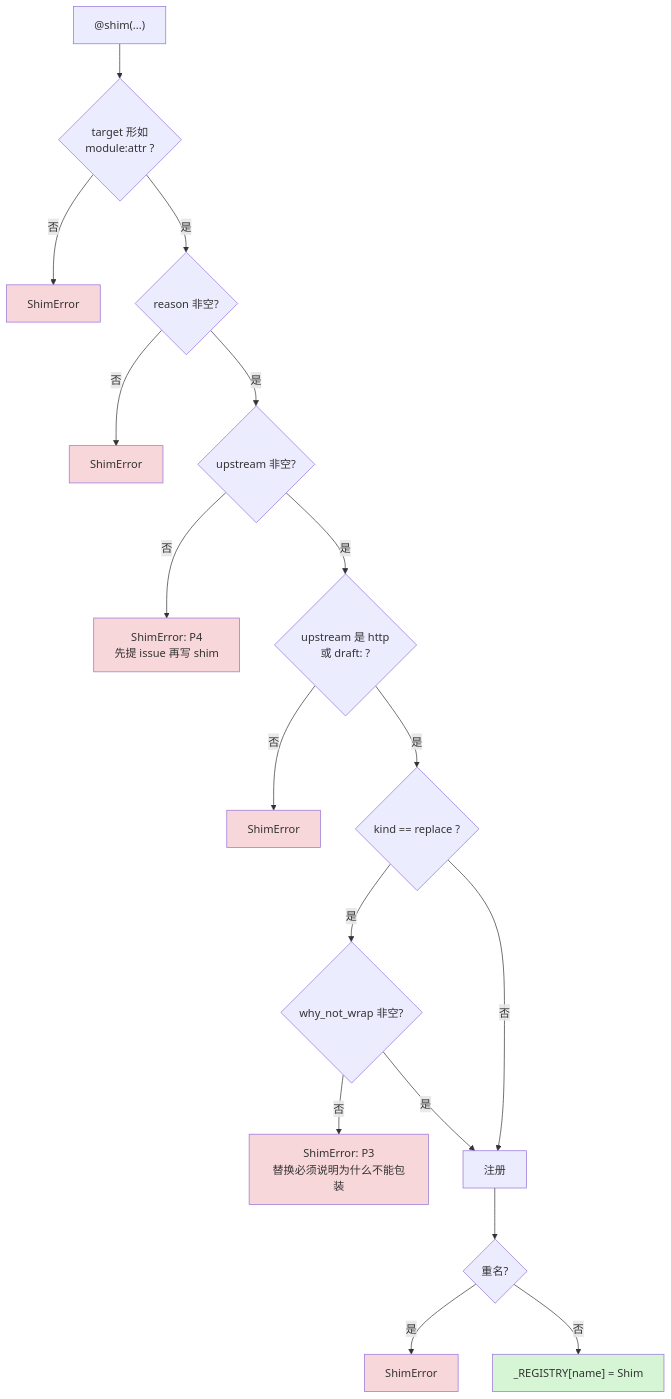
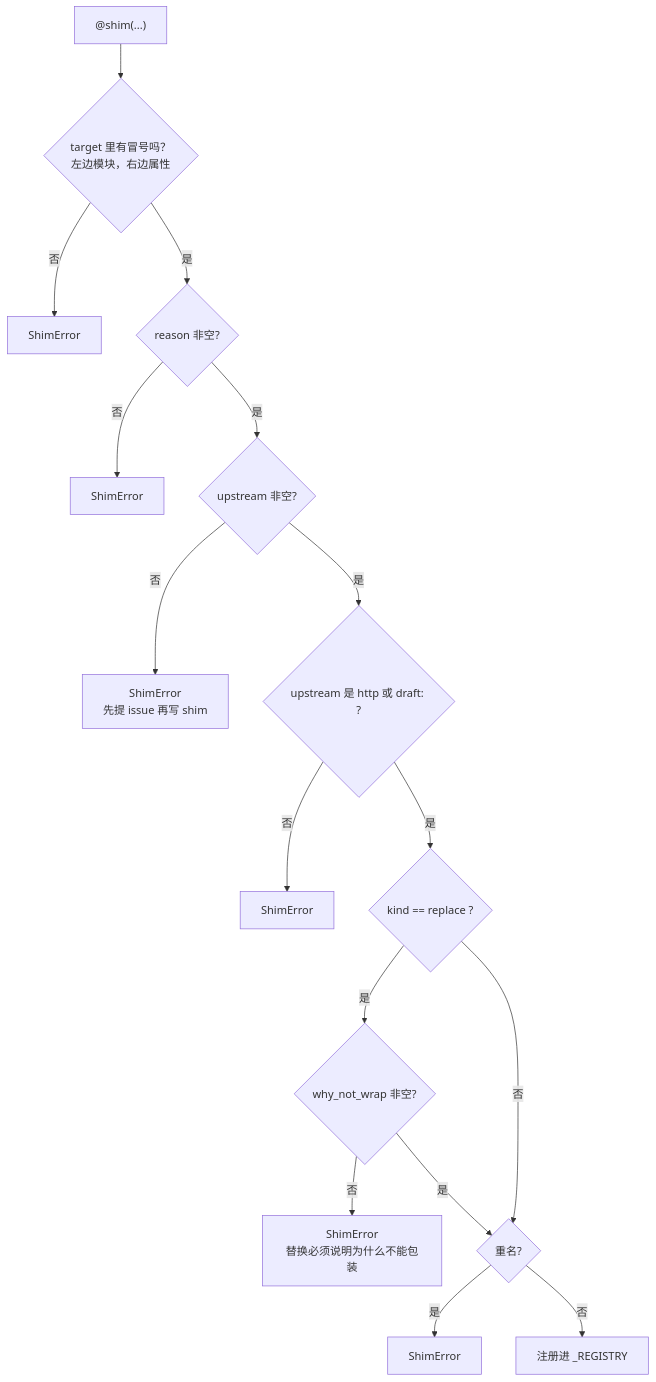
The sixth of 15 diagrams in docs/design/shim-and-override.md (JavaZeroo/ascend-torchtitan), drawn with Mermaid before and after one commit. The commit also changed other lines of this file and 1 other file, not shown here.

````diff
--- a/docs/design/shim-and-override.md
+++ b/docs/design/shim-and-override.md
@@ -248,27 +239,18 @@
 ```mermaid
 flowchart TD
-    A["@shim(...)"] --> B{"target 形如<br/>module:attr ?"}
+    A["@shim(...)"] --> B{"target 里有冒号吗？<br/>左边模块，右边属性"}
     B -->|否| X1["ShimError"]
     B -->|是| C{"reason 非空?"}
     C -->|否| X2["ShimError"]
     C -->|是| D{"upstream 非空?"}
-    D -->|否| X3["ShimError: P4<br/>先提 issue 再写 shim"]
-    D -->|是| E{"upstream 是 http<br/>或 draft: ?"}
+    D -->|否| X3["ShimError<br/>先提 issue 再写 shim"]
+    D -->|是| E{"upstream 是 http 或 draft: ?"}
     E -->|否| X4["ShimError"]
     E -->|是| F{"kind == replace ?"}
     F -->|是| G{"why_not_wrap 非空?"}
-    G -->|否| X5["ShimError: P3<br/>替换必须说明为什么不能包装"]
-    G -->|是| H["注册"]
+    G -->|否| X5["ShimError<br/>替换必须说明为什么不能包装"]
+    G -->|是| H{"重名?"}
     F -->|否| H
-    H --> I{"重名?"}
-    I -->|是| X6["ShimError"]
-    I -->|否| J["_REGISTRY[name] = Shim"]
-
-    style X1 fill:#f8d7da
-    style X2 fill:#f8d7da
-    style X3 fill:#f8d7da
-    style X4 fill:#f8d7da
-    style X5 fill:#f8d7da
-    style X6 fill:#f8d7da
-    style J fill:#d5f5d5
+    H -->|是| X6["ShimError"]
+    H -->|否| J["注册进 _REGISTRY"]
 ```
````
